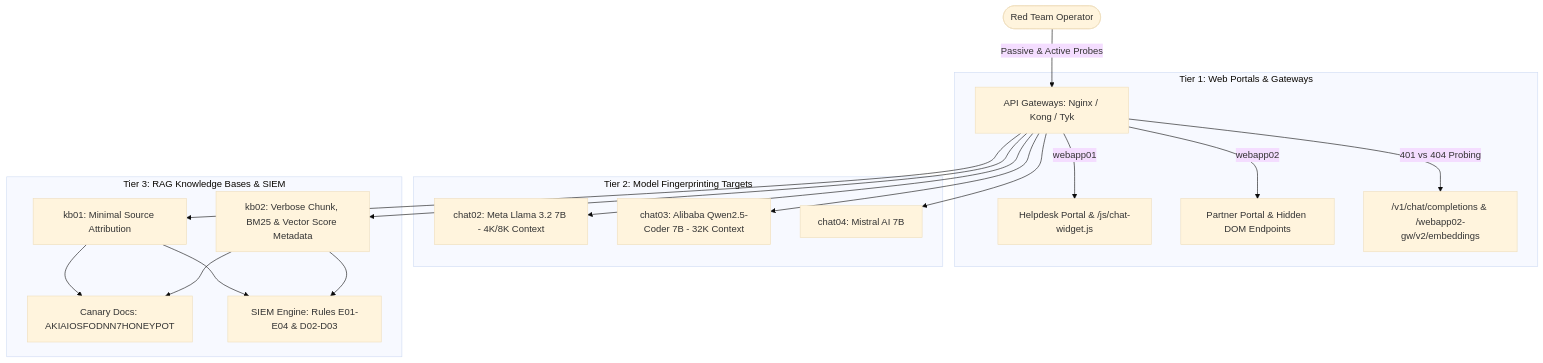
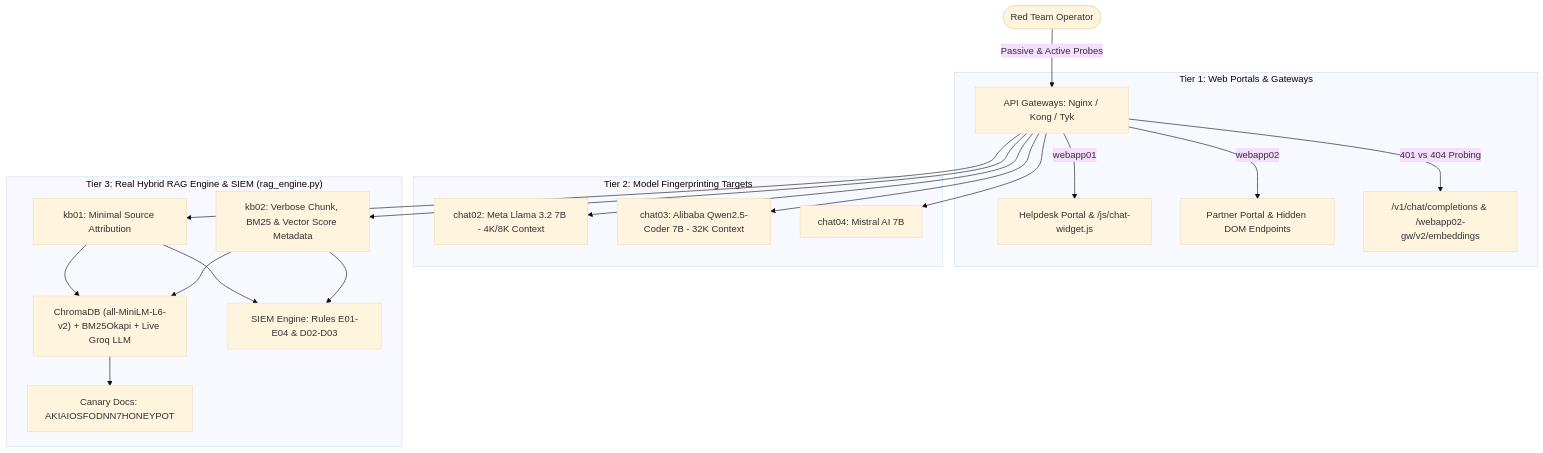
Before and after one commit to Kunhunni/novatech-ai-vuln-lab: the diagram in README.md, drawn with Mermaid (base theme). The commit also changed other lines of this file, not shown here.

First line of the commit message:
Enhance README with Hybrid RAG Engine details

````diff
--- a/README.md
+++ b/README.md
@@ -14,23 +16,24 @@
 ```mermaid
 graph TD
     Operator([Red Team Operator]) -->|Passive & Active Probes| GW["API Gateways: Nginx / Kong / Tyk"]
 
     subgraph "Tier 1: Web Portals & Gateways"
         GW -->|webapp01| Portal1["Helpdesk Portal & /js/chat-widget.js"]
         GW -->|webapp02| Portal2["Partner Portal & Hidden DOM Endpoints"]
         GW -->|401 vs 404 Probing| Protected["/v1/chat/completions & /webapp02-gw/v2/embeddings"]
     end
 
     subgraph "Tier 2: Model Fingerprinting Targets"
         GW --> Chat02["chat02: Meta Llama 3.2 7B - 4K/8K Context"]
         GW --> Chat03["chat03: Alibaba Qwen2.5-Coder 7B - 32K Context"]
         GW --> Chat04["chat04: Mistral AI 7B"]
     end
 
-    subgraph "Tier 3: RAG Knowledge Bases & SIEM"
+   subgraph "Tier 3: Real Hybrid RAG Engine & SIEM (rag_engine.py)"
         GW --> KB01["kb01: Minimal Source Attribution"]
         GW --> KB02["kb02: Verbose Chunk, BM25 & Vector Score Metadata"]
-        KB01 & KB02 --> Canary["Canary Docs: AKIAIOSFODNN7HONEYPOT"]
+        KB01 & KB02 --> Hybrid["ChromaDB (all-MiniLM-L6-v2) + BM25Okapi + Live Groq LLM"]
+        Hybrid --> Canary["Canary Docs: AKIAIOSFODNN7HONEYPOT"]
         KB01 & KB02 --> SIEM["SIEM Engine: Rules E01-E04 & D02-D03"]
     end
 ```
````
